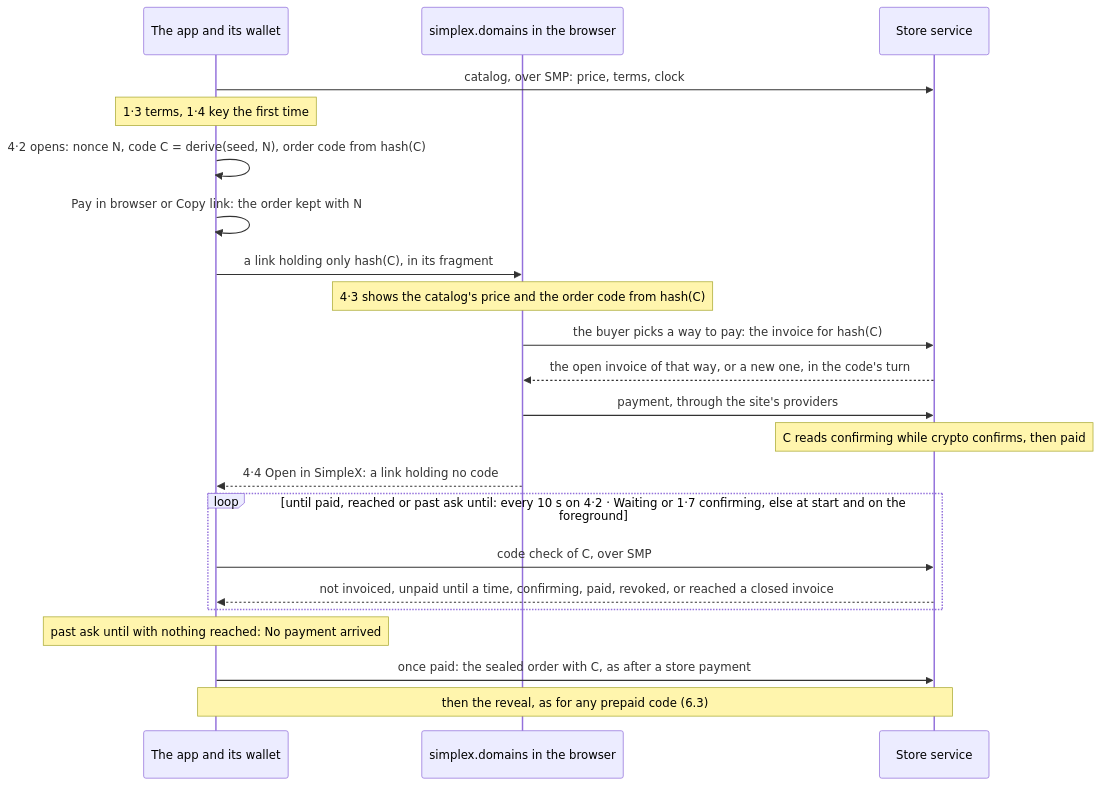
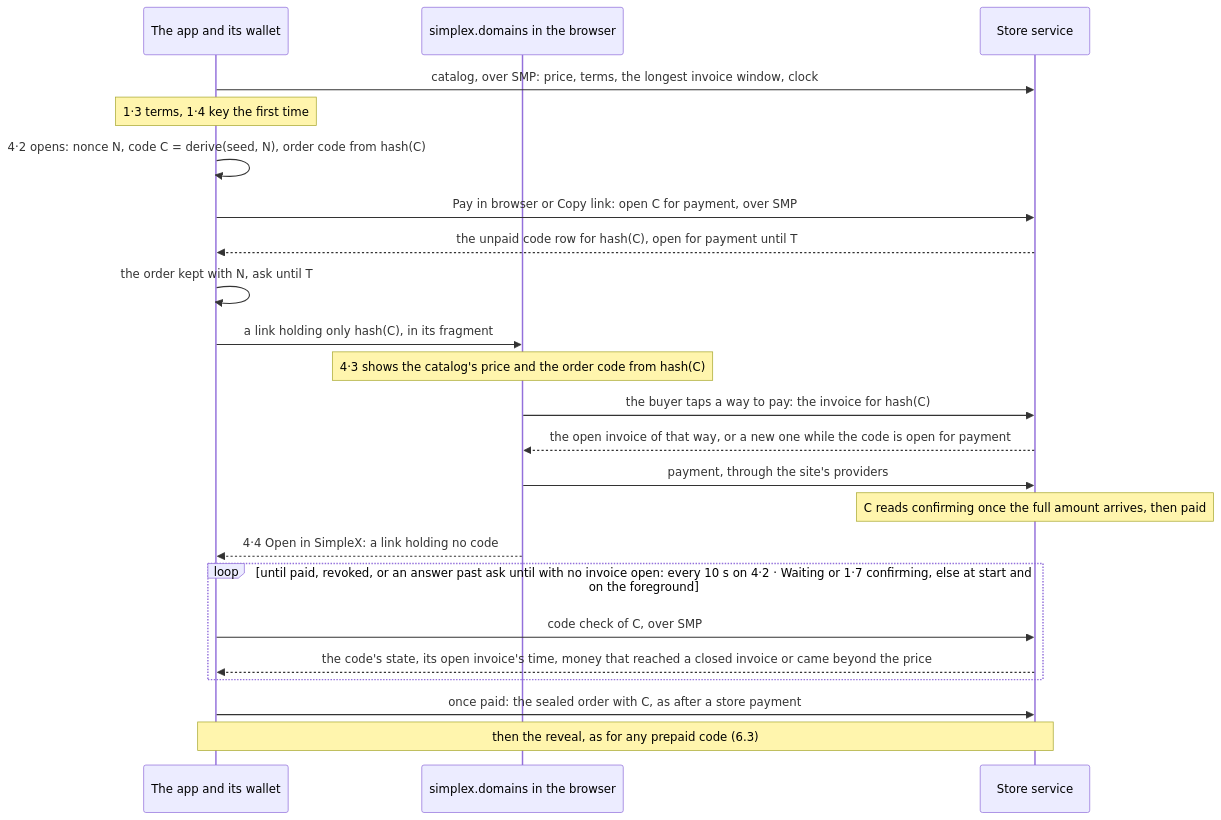
Before and after one commit to simplex-chat/simplex-chat: the third of 4 diagrams in plans/2026-10-30-names-in-app-purchases.md, drawn with Mermaid. The commit also changed other lines of this file, not shown here.

Commit message:
docs: names plan bounds browser invoices by the app's open code

````diff
--- a/plans/2026-10-30-names-in-app-purchases.md
+++ b/plans/2026-10-30-names-in-app-purchases.md
@@ -723,24 +724,25 @@
 ```mermaid
 sequenceDiagram
   participant App as The app and its wallet
   participant Page as simplex.domains in the browser
   participant Svc as Store service
-  App->>Svc: catalog, over SMP: price, terms, clock
+  App->>Svc: catalog, over SMP: price, terms, the longest invoice window, clock
   Note over App: 1·3 terms, 1·4 key the first time
   App->>App: 4·2 opens: nonce N, code C = derive(seed, N), order code from hash(C)
-  App->>App: Pay in browser or Copy link: the order kept with N
+  App->>Svc: Pay in browser or Copy link: open C for payment, over SMP
+  Svc-->>App: the unpaid code row for hash(C), open for payment until T
+  App->>App: the order kept with N, ask until T
   App->>Page: a link holding only hash(C), in its fragment
   Note over Page: 4·3 shows the catalog's price and the order code from hash(C)
-  Page->>Svc: the buyer picks a way to pay: the invoice for hash(C)
-  Svc-->>Page: the open invoice of that way, or a new one, in the code's turn
+  Page->>Svc: the buyer taps a way to pay: the invoice for hash(C)
+  Svc-->>Page: the open invoice of that way, or a new one while the code is open for payment
   Page->>Svc: payment, through the site's providers
-  Note over Svc: C reads confirming while crypto confirms, then paid
+  Note over Svc: C reads confirming once the full amount arrives, then paid
   Page-->>App: 4·4 Open in SimpleX: a link holding no code
-  loop until paid, reached or past ask until: every 10 s on 4·2 · Waiting or 1·7 confirming, else at start and on the foreground
+  loop until paid, revoked, or an answer past ask until with no invoice open: every 10 s on 4·2 · Waiting or 1·7 confirming, else at start and on the foreground
     App->>Svc: code check of C, over SMP
-    Svc-->>App: not invoiced, unpaid until a time, confirming, paid, revoked, or reached a closed invoice
+    Svc-->>App: the code's state, its open invoice's time, money that reached a closed invoice or came beyond the price
   end
-  Note over App: past ask until with nothing reached: No payment arrived
   App->>Svc: once paid: the sealed order with C, as after a store payment
   Note over App,Svc: then the reveal, as for any prepaid code (6.3)
 ```
````
